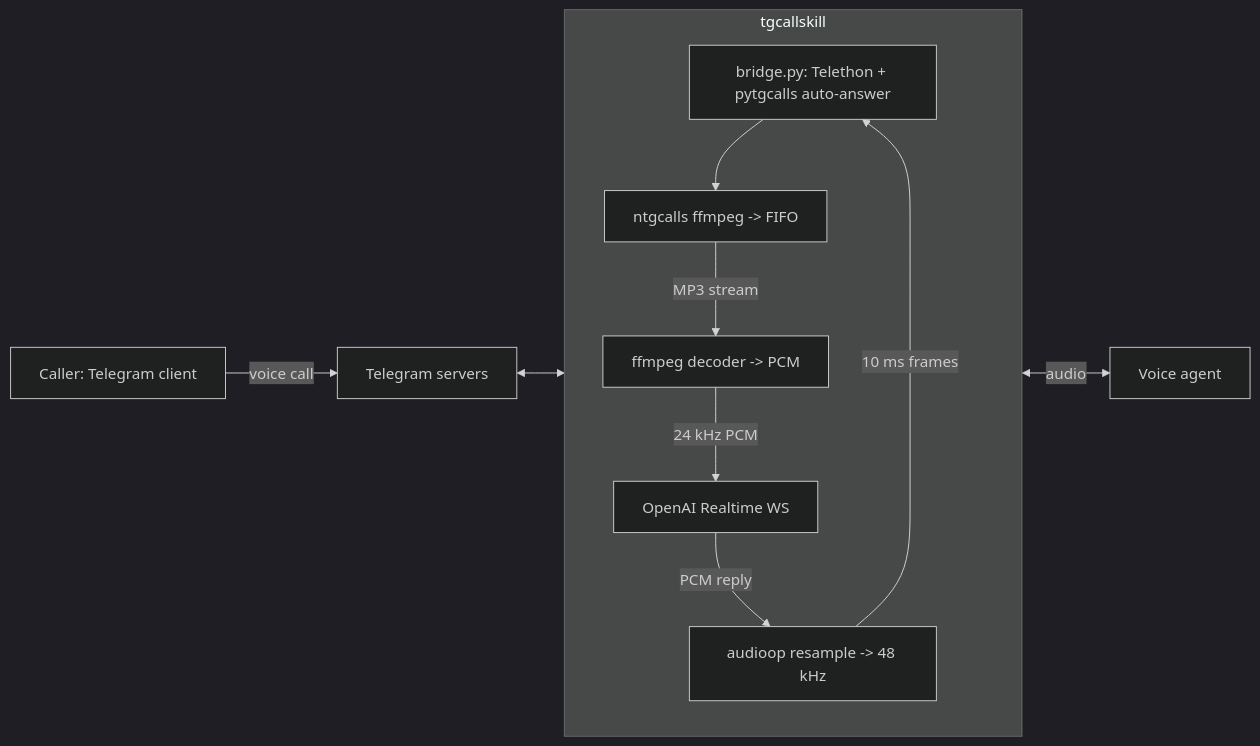
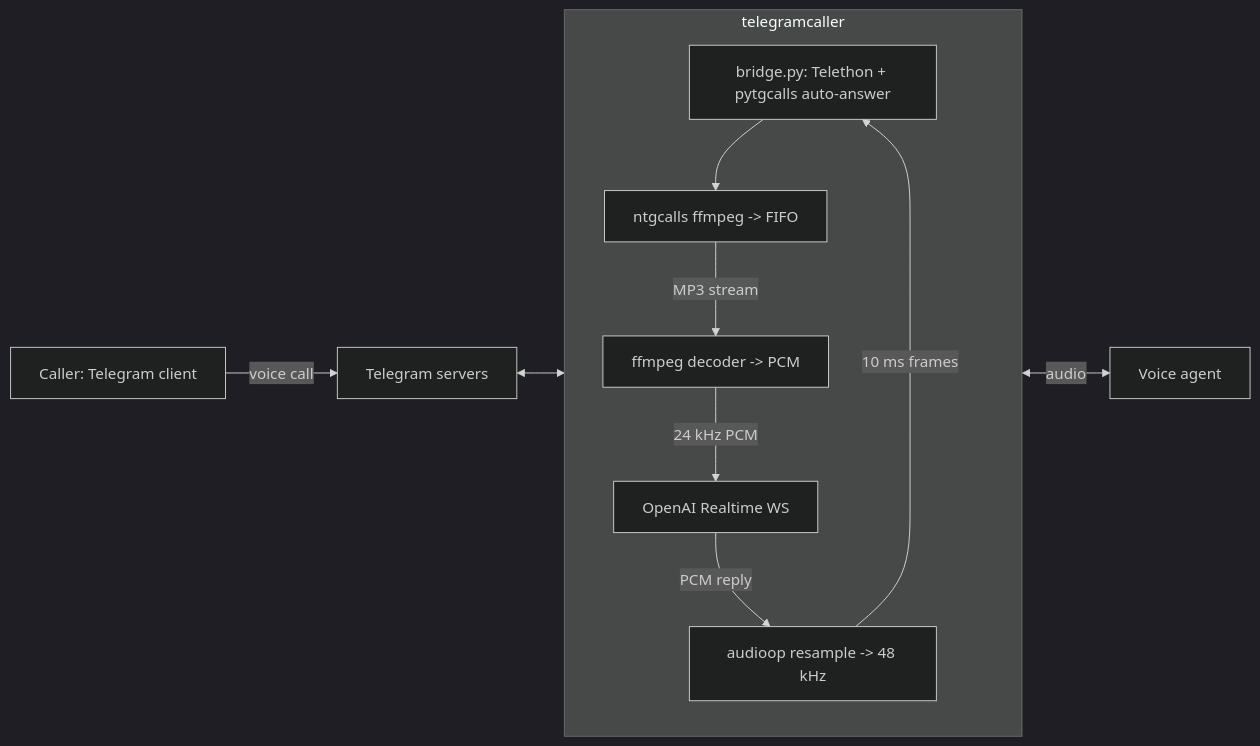
Before and after one commit to lintware/telegramcaller: the diagram in README.md, drawn with Mermaid (dark theme). The commit also changed other lines of this file and 6 other files, not shown here.

````diff
--- a/README.md
+++ b/README.md
@@ -114,16 +114,16 @@
 ```mermaid
 flowchart LR
     A[Caller: Telegram client] -- voice call --> B[Telegram servers]
     B <--> C[bridge.py: Telethon + pytgcalls auto-answer]
 
-    subgraph BRIDGE [tgcallskill]
+    subgraph BRIDGE [telegramcaller]
         direction TB
         C --> D[ntgcalls ffmpeg -> FIFO]
         D -- MP3 stream --> E[ffmpeg decoder -> PCM]
         E -- 24 kHz PCM --> F[OpenAI Realtime WS]
         F -- PCM reply --> G[audioop resample -> 48 kHz]
         G -- 10 ms frames --> C
     end
 
     F <-- audio --> H[Voice agent]
 ```
````
